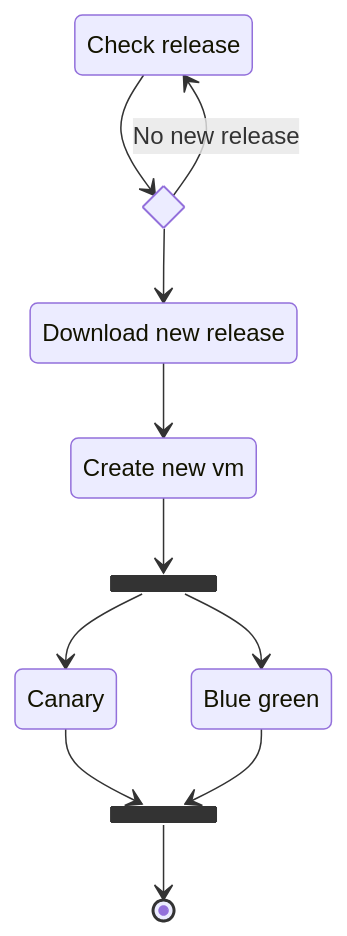
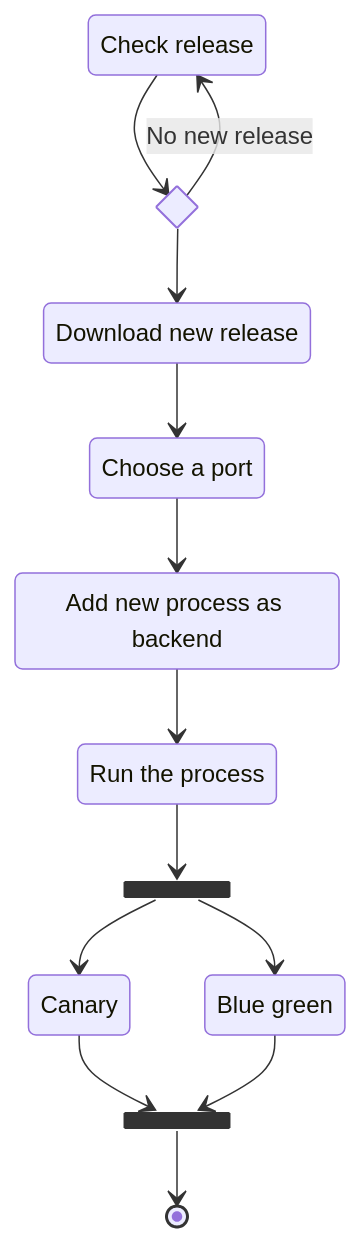
Before and after one commit to anddimario/interstellar: the diagram in README.md, drawn with Mermaid. The commit also changed 13 other files, not shown here.

````diff
--- a/README.md
+++ b/README.md
@@ -16,21 +16,25 @@
 ```mermaid
 stateDiagram-v2
     check: Check release
     download: Download new release
-    create_vm: Create new vm
+    choose_port: Choose a port
+    add_backend: Add new process as backend
+    create_vm: Run the process
     canary: Canary
     blue_green: Blue green
     state new_release <<choice>>
     state deploy_type <<fork>>
     state done_deploy <<join>>
     check --> new_release
     new_release --> check : No new release
     new_release --> download
-    download --> create_vm
+    download --> choose_port
+    choose_port --> add_backend 
+    add_backend --> create_vm
     create_vm --> deploy_type
     deploy_type --> canary
     deploy_type --> blue_green
     canary --> done_deploy
     blue_green --> done_deploy
     done_deploy --> [*]
 ```
````
